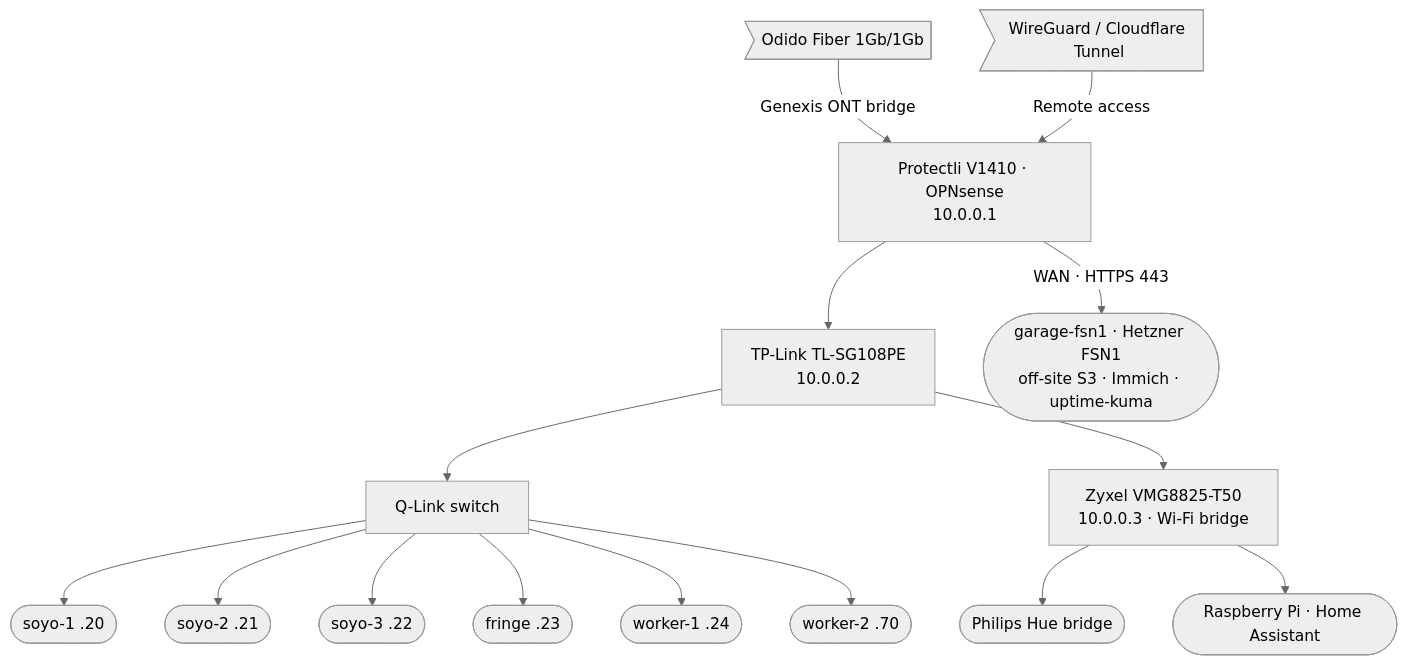
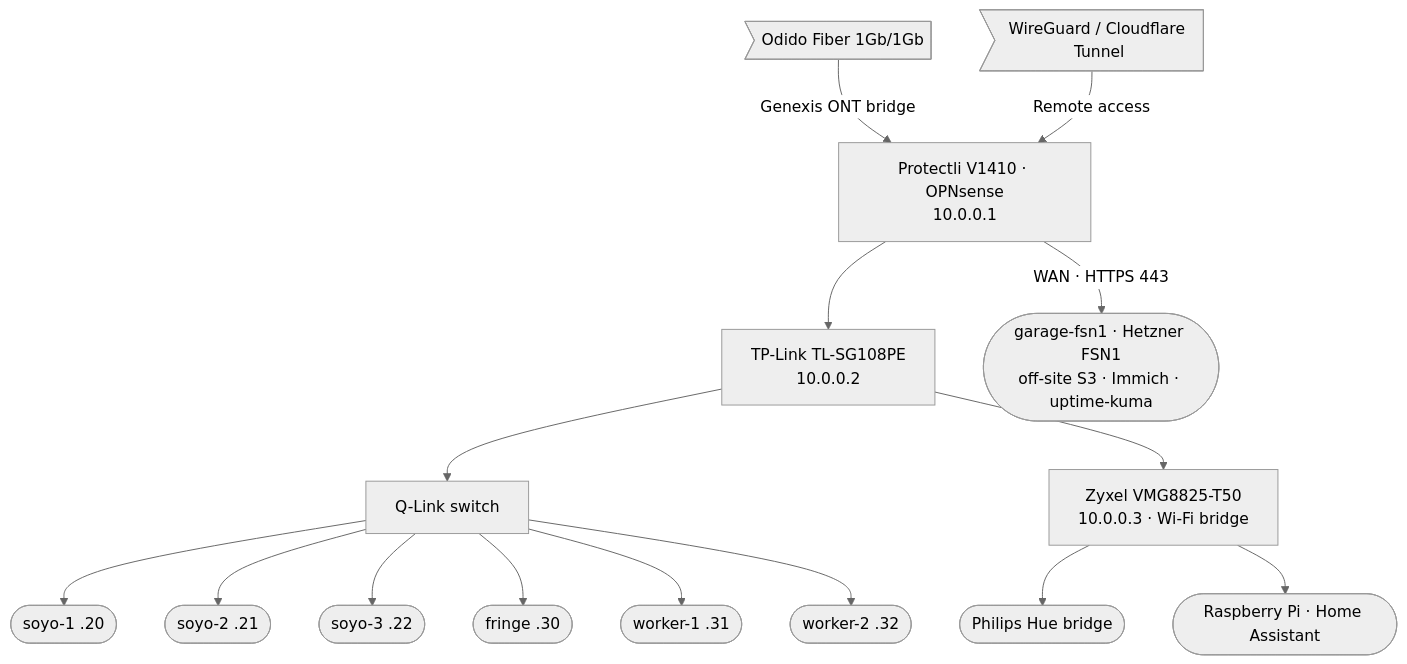
The diagram in docs/techdocs/docs/general/infrastructure.md (webgrip/homelab-cluster), drawn with Mermaid (neutral theme) before and after one commit. The commit also changed other lines of this file and 5 other files, not shown here.

````diff
--- a/docs/techdocs/docs/general/infrastructure.md
+++ b/docs/techdocs/docs/general/infrastructure.md
@@ -77,17 +77,17 @@
 ```mermaid
 graph TD
   NET>Odido Fiber 1Gb/1Gb] --> |Genexis ONT bridge| R[Protectli V1410 · OPNsense<br/>10.0.0.1]
   VPN>WireGuard / Cloudflare Tunnel] --> |Remote access| R
   R --> S1[TP-Link TL-SG108PE<br/>10.0.0.2]
   S1 --> S2[Q-Link switch]
   S1 --> W[Zyxel VMG8825-T50<br/>10.0.0.3 · Wi-Fi bridge]
   S2 --> K1([soyo-1 .20])
   S2 --> K2([soyo-2 .21])
   S2 --> K3([soyo-3 .22])
-  S2 --> F([fringe .23])
-  S2 --> W1N([worker-1 .24])
-  S2 --> W2N([worker-2 .70])
+  S2 --> F([fringe .30])
+  S2 --> W1N([worker-1 .31])
+  S2 --> W2N([worker-2 .32])
   R --> |WAN · HTTPS 443| HZ([garage-fsn1 · Hetzner FSN1<br/>off-site S3 · Immich · uptime-kuma])
   W --> H([Philips Hue bridge])
   W --> P([Raspberry Pi · Home Assistant])
 ```
````
